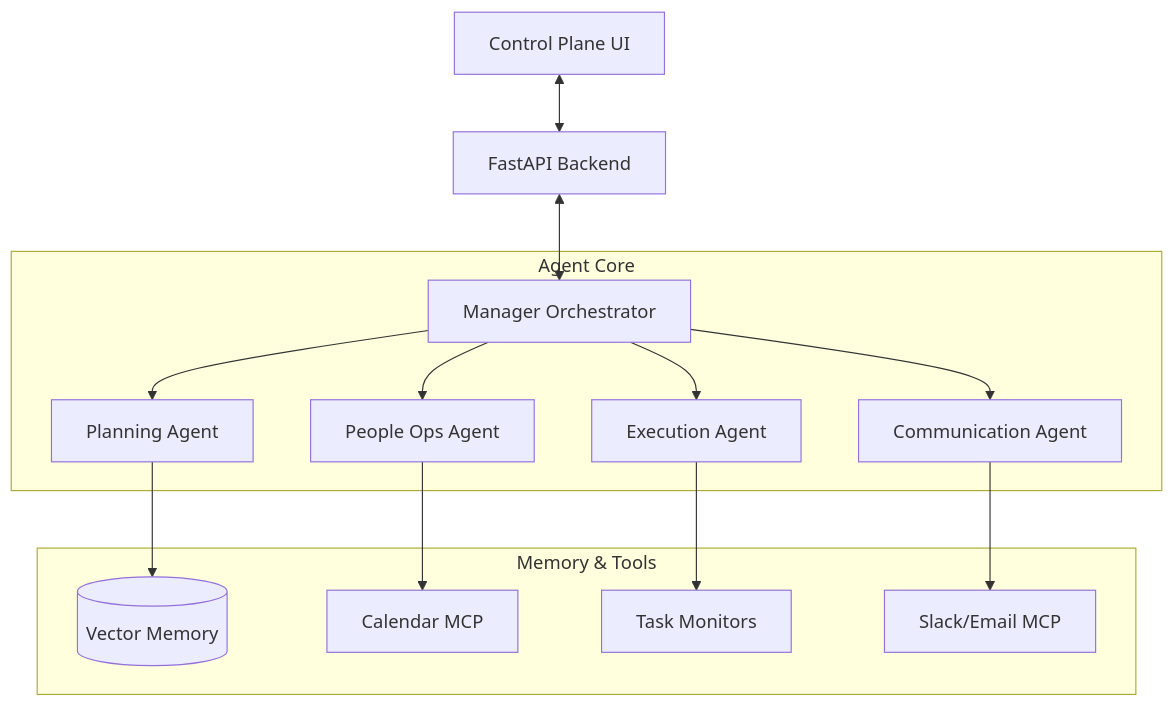
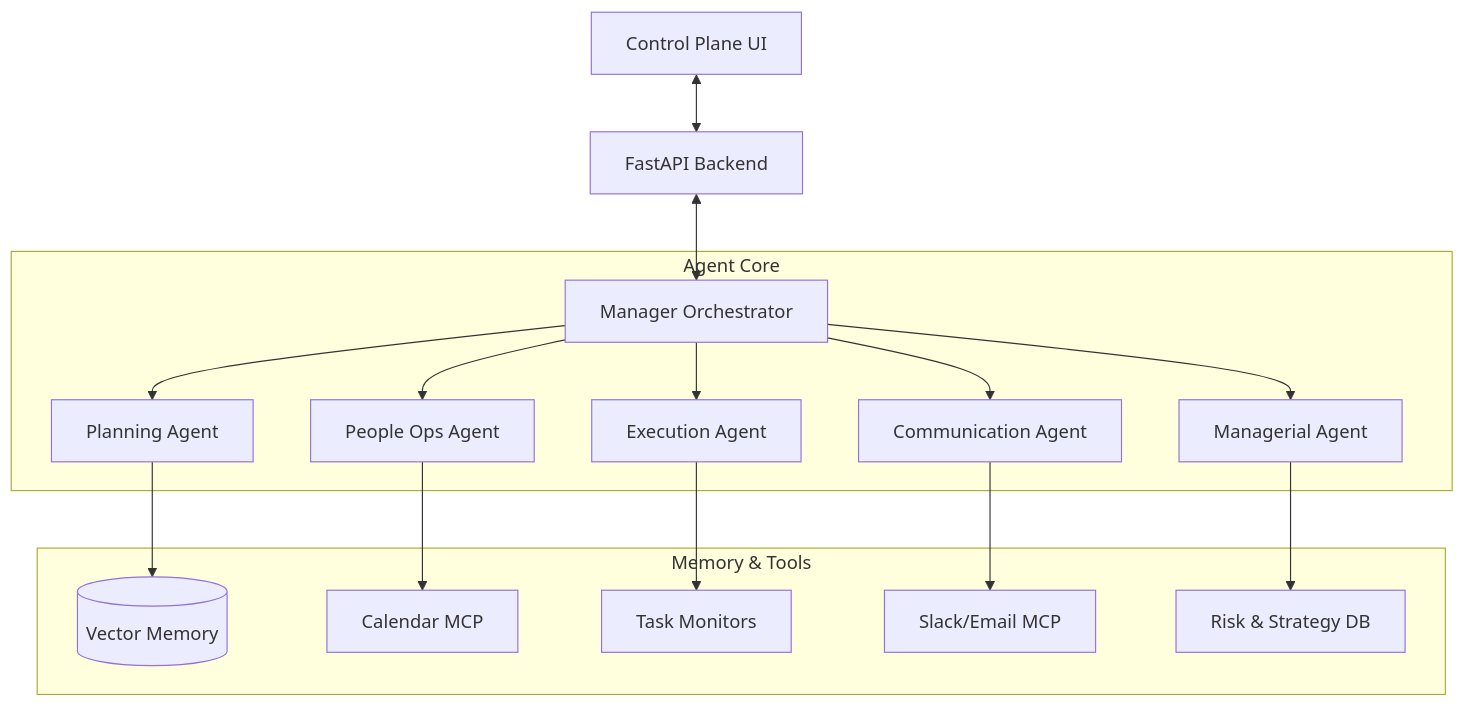
One commit to agusain2001/Virtual-manager changed the diagram in README.md. Above: the diagram before and after it, drawn with Mermaid. The commit also changed other lines of this file and 1 other file, not shown here.

````diff
--- a/README.md
+++ b/README.md
@@ -15,19 +15,21 @@
 ```mermaid
 graph TD
     User[Control Plane UI] <--> API[FastAPI Backend]
     API <--> Orchestrator[Manager Orchestrator]
     
     subgraph "Agent Core"
         Orchestrator --> Planning[Planning Agent]
         Orchestrator --> People[People Ops Agent]
         Orchestrator --> Exec[Execution Agent]
         Orchestrator --> Comm[Communication Agent]
+        Orchestrator --> Managerial[Managerial Agent]
     end
     
     subgraph "Memory & Tools"
         Planning --> VectorDB[(Vector Memory)]
         People --> Cal[Calendar MCP]
         Exec --> Mon[Task Monitors]
         Comm --> Slack[Slack/Email MCP]
+        Managerial --> Strategy[Risk & Strategy DB]
     end
 ```
````
